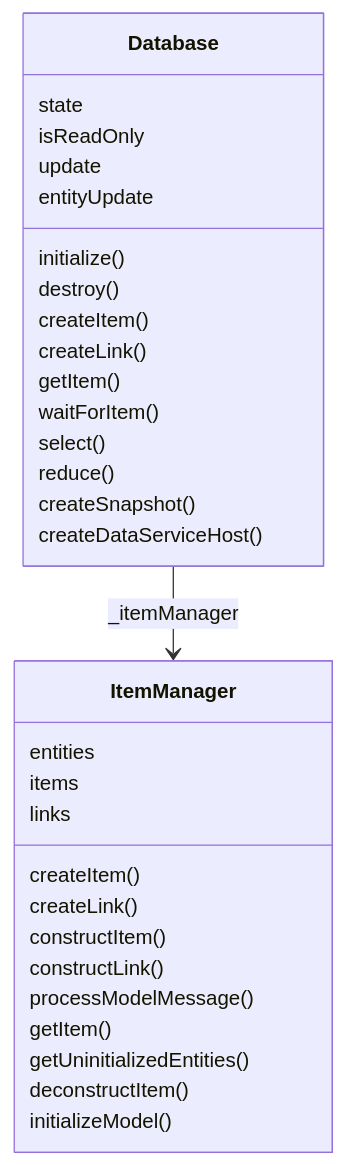
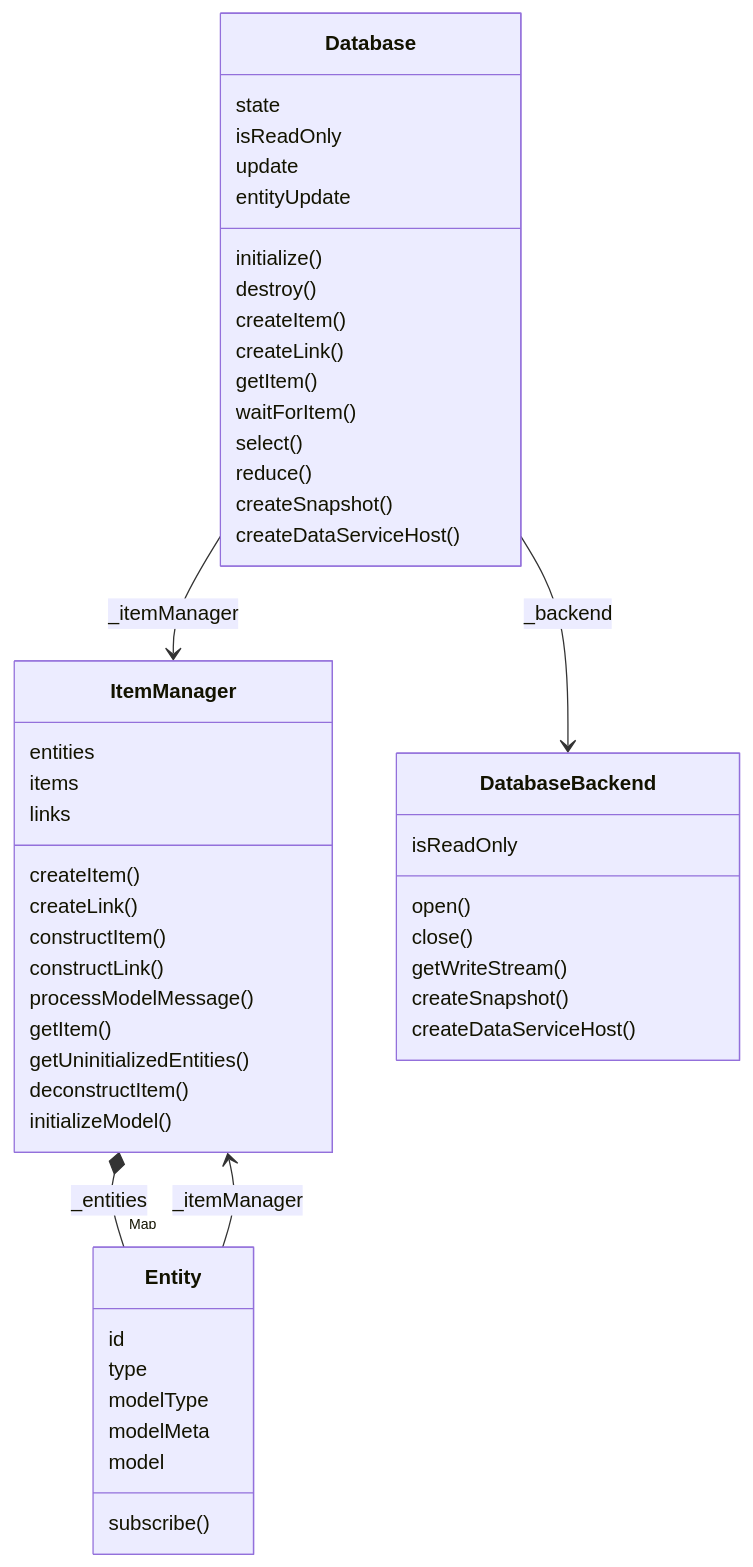
The first of 3 diagrams in packages/core/echo/echo-db/docs/README.md (dxos/dxos), drawn with Mermaid before and after one commit. The commit also changed other lines of this file and 24 other files, not shown here.

````diff
--- a/packages/core/echo/echo-db/docs/README.md
+++ b/packages/core/echo/echo-db/docs/README.md
@@ -7,35 +7,56 @@
 ```mermaid
 classDiagram
+direction TB
 
 class Database {
   state
   isReadOnly
   update
   entityUpdate
   initialize()
   destroy()
   createItem()
   createLink()
   getItem()
   waitForItem()
   select()
   reduce()
   createSnapshot()
   createDataServiceHost()
 }
 Database --> ItemManager : _itemManager
+Database --> DatabaseBackend : _backend
 class ItemManager {
   entities
   items
   links
   createItem()
   createLink()
   constructItem()
   constructLink()
   processModelMessage()
   getItem()
   getUninitializedEntities()
   deconstructItem()
   initializeModel()
 }
+ItemManager *-- "Map" Entity : _entities
+class Entity {
+  id
+  type
+  modelType
+  modelMeta
+  model
+  subscribe()
+}
+Entity --> ItemManager : _itemManager
+class DatabaseBackend {
+<interface>
+  isReadOnly
+  open()
+  close()
+  getWriteStream()
+  createSnapshot()
+  createDataServiceHost()
+}
 ```
````
